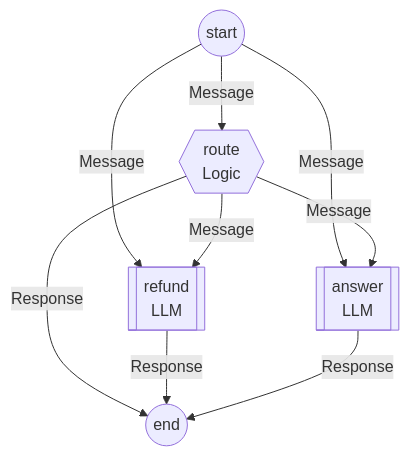
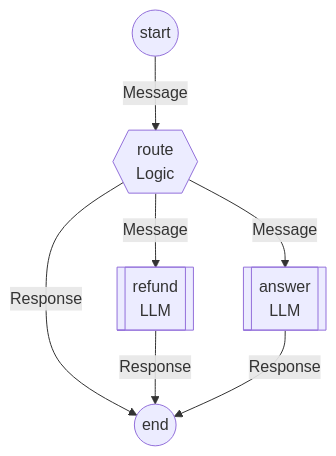
One commit to tidepool-heavy-industries/exomonad changed the fourth of 9 diagrams in src/Tidepool/Graph/diagrams.md. Above: the diagram before and after it, drawn with Mermaid. The commit also changed other lines of this file and 1 other file, not shown here.

First line of the commit message:
Structure-based entry edges for Mermaid diagrams

````diff
--- a/src/Tidepool/Graph/diagrams.md
+++ b/src/Tidepool/Graph/diagrams.md
@@ -80,17 +80,15 @@
 ```mermaid
 flowchart TD
     entry((start))
     exit__((end))
     route{{"route<br/>Logic"}}
     refund[["refund<br/>LLM"]]
     answer[["answer<br/>LLM"]]
 
     entry --> |Message| route
-    entry --> |Message| refund
-    entry --> |Message| answer
     route --> |Message| refund
     route --> |Message| answer
     route --> |Response| exit__
     refund --> |Response| exit__
     answer --> |Response| exit__
 ```
````
